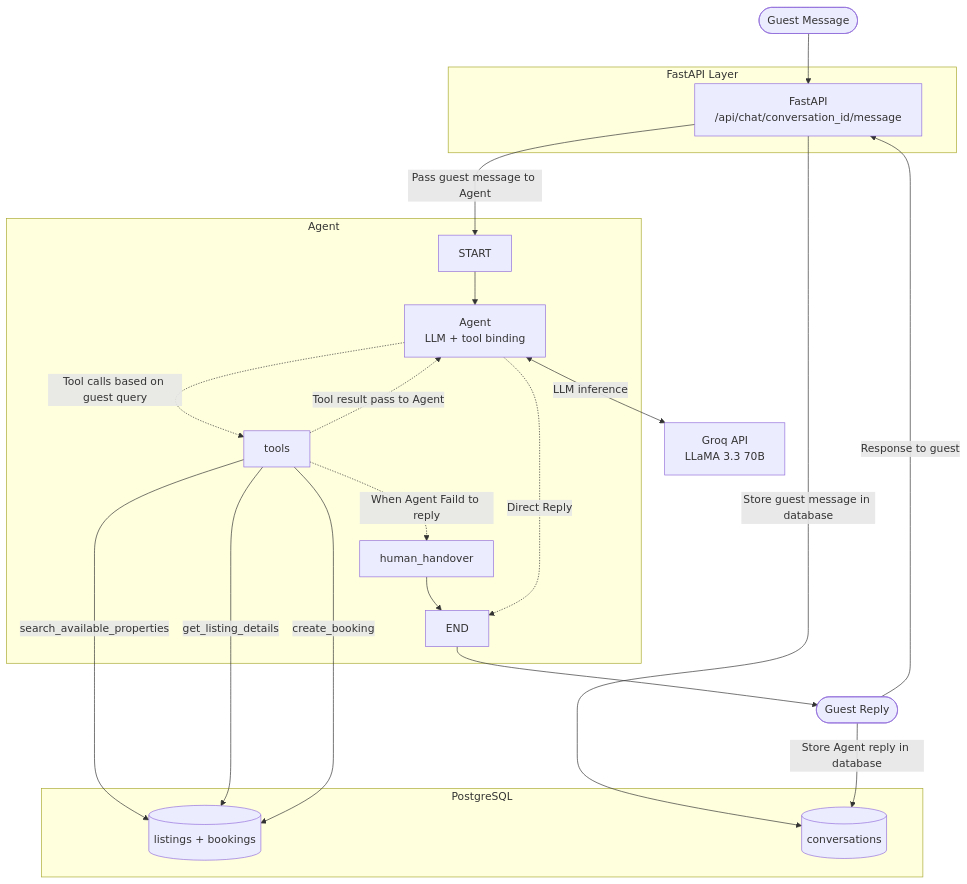
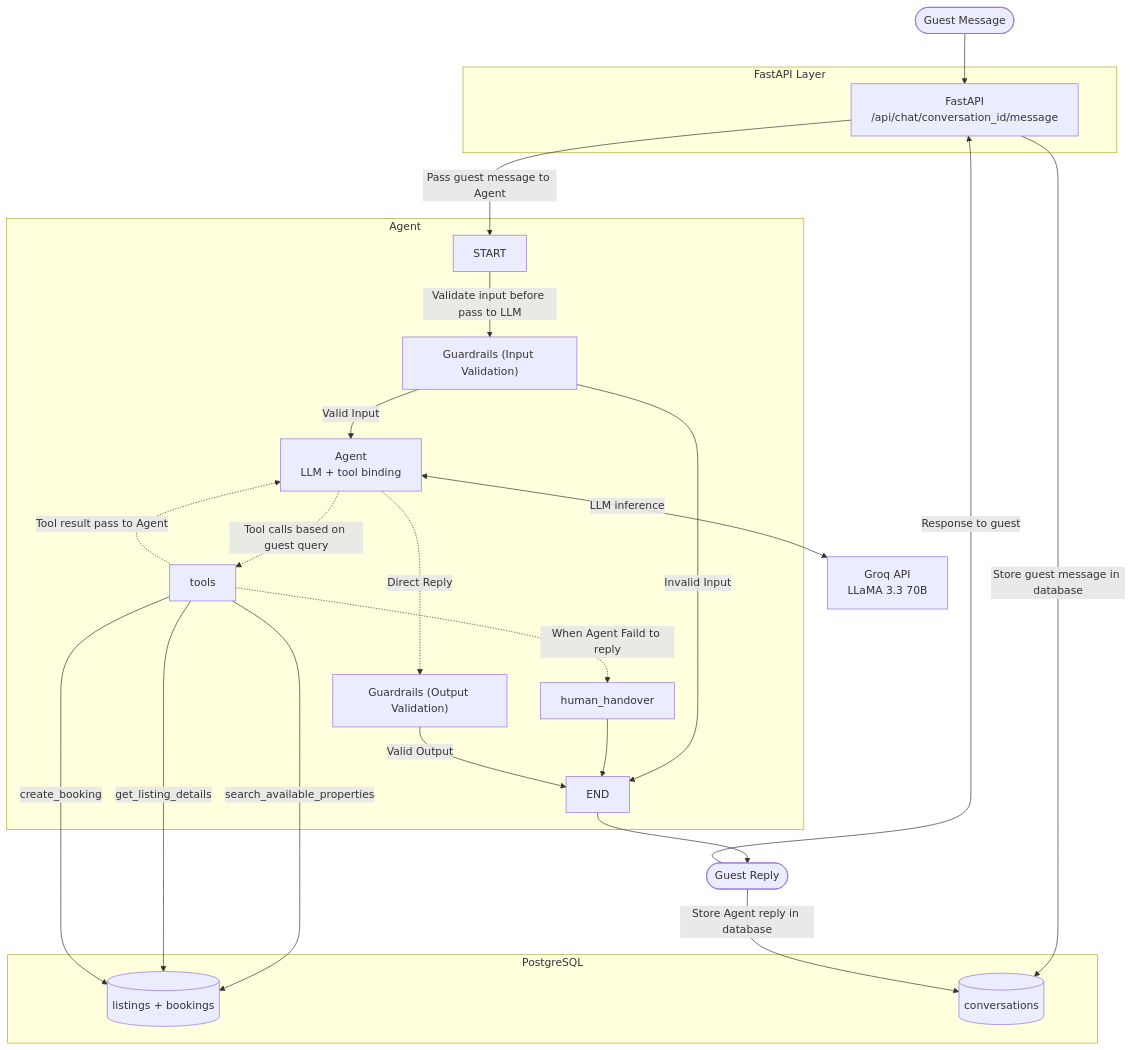
Before and after one commit to meharaz733/stay-ease-ai-agent: the diagram in README.md, drawn with Mermaid.

Commit message:
Update Systme design: add Guardrails before input pass to LLM and output pass to user.

````diff
--- a/README.md
+++ b/README.md
@@ -10,41 +10,45 @@
 ```mermaid
 flowchart TD
 
     subgraph FastAPI["FastAPI Layer"]
         B[FastAPI\n/api/chat/conversation_id/message]
     end
 
     subgraph AGENT["Agent"]
         C[START]
+        CC["Guardrails (Input Validation)"]
         D[Agent\nLLM + tool binding]
         E[tools]
         F[human_handover]
+        S["Guardrails (Output Validation)"]
         G[END]
     end
 
     subgraph DB["PostgreSQL"]
         H[(listings + bookings)]
         I[(conversations)]
     end
-
     Z([Guest Reply])
     A([Guest Message]) --> B
     B -->|Pass guest message to Agent| C
+    C -->|Validate input before pass to LLM| CC
     B -->|Store guest message in database| I
-    C --> D
+    CC -->|Valid Input| D
+    CC -->|Invalid Input| G
     D -.->|Tool calls based on guest query| E
     E -.->|Tool result pass to Agent| D
     E -.->|When Agent Faild to reply| F
     F --> G
     D <-->|LLM inference| J["Groq API\nLLaMA 3.3 70B"]
 
     E -->|search_available_properties| H
     E -->|get_listing_details| H
     E -->|create_booking| H
 
     G --> Z
-    D -.->|Direct Reply| G
+    D -.->|Direct Reply| S
+    S -->|Valid Output| G
     Z -->|Store Agent reply in database| I
     Z -->|Response to guest| B
 
 ```
````
